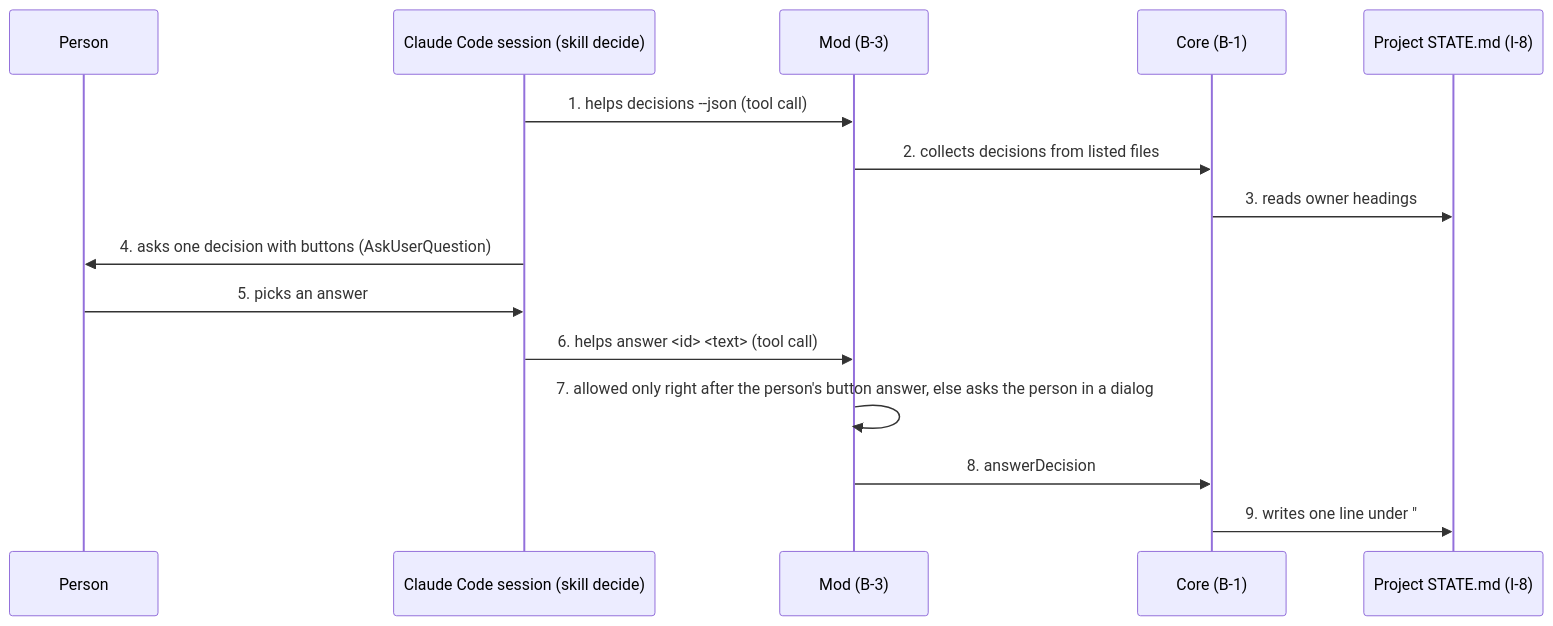
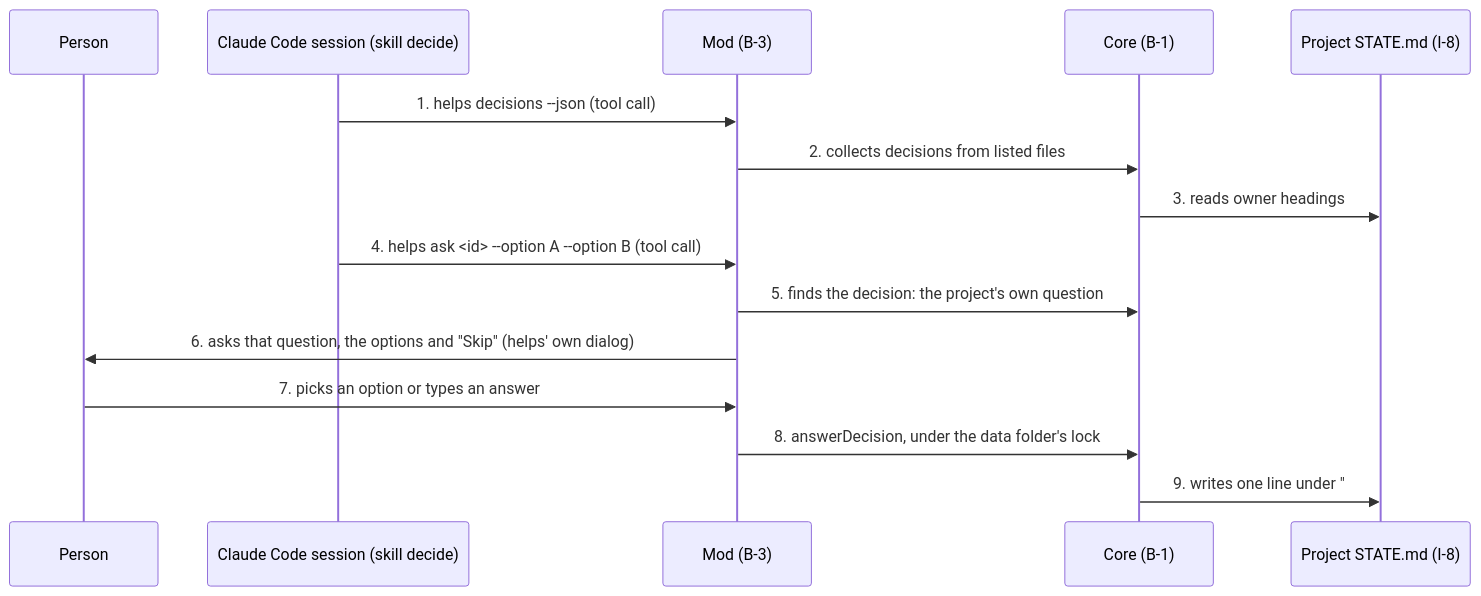
One commit to uaskpro/helps changed the fourth of 6 diagrams in project/BLUEPRINT.md. Above: the diagram before and after it, drawn with Mermaid. The commit also changed other lines of this file and 27 other files, not shown here.

````diff
--- a/project/BLUEPRINT.md
+++ b/project/BLUEPRINT.md
@@ -191,17 +191,17 @@
 ```mermaid
 sequenceDiagram
   participant P as Person
   participant Ses as Claude Code session (skill decide)
   participant M as Mod (B-3)
   participant C as Core (B-1)
   participant F as Project STATE.md (I-8)
   Ses->>M: 1. helps decisions --json (tool call)
   M->>C: 2. collects decisions from listed files
   C->>F: 3. reads owner headings
-  Ses->>P: 4. asks one decision with buttons (AskUserQuestion)
-  P->>Ses: 5. picks an answer
-  Ses->>M: 6. helps answer <id> <text> (tool call)
-  M->>M: 7. allowed only right after the person's button answer, else asks the person in a dialog
-  M->>C: 8. answerDecision
+  Ses->>M: 4. helps ask <id> --option A --option B (tool call)
+  M->>C: 5. finds the decision: the project's own question
+  M->>P: 6. asks that question, the options and "Skip" (helps' own dialog)
+  P->>M: 7. picks an option or types an answer
+  M->>C: 8. answerDecision, under the data folder's lock
   C->>F: 9. writes one line under "## Owner answers (helps)"
 ```
````
